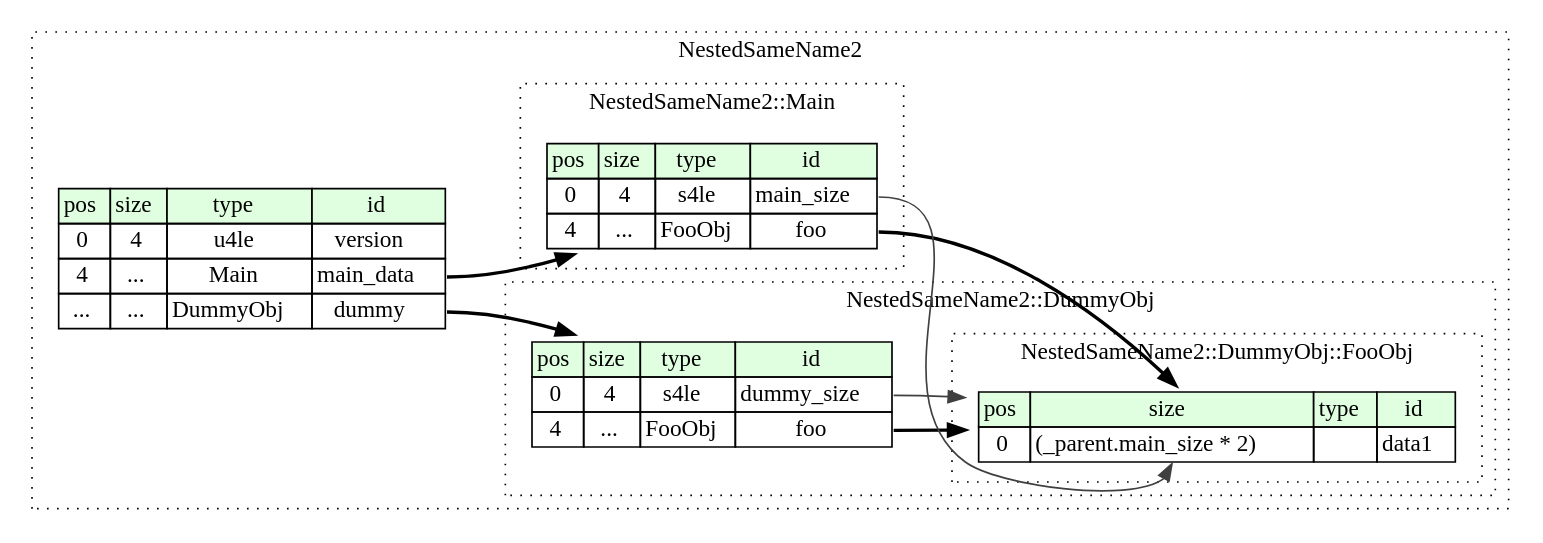
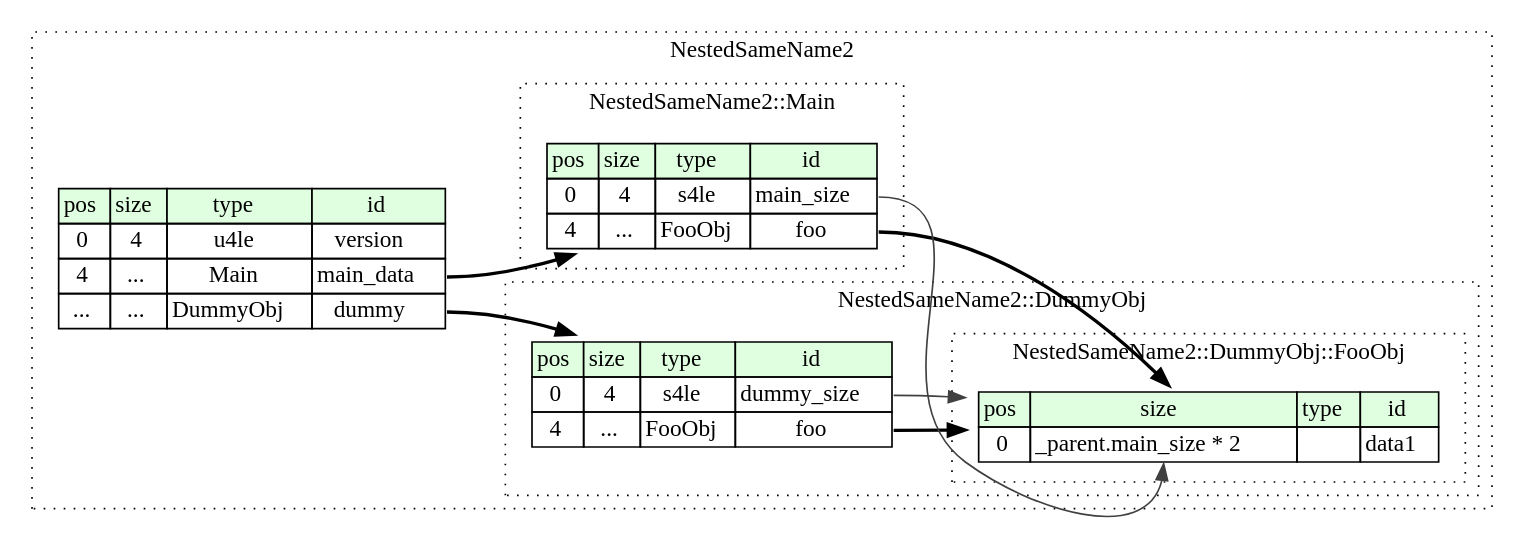
One commit to kaitai-io/ci_targets changed the diagram in compiled/graphviz/nested_same_name2.dot. Above: the diagram before and after it, drawn with Graphviz. The commit also changed 530 other files, not shown here.

```diff
--- a/compiled/graphviz/nested_same_name2.dot
+++ b/compiled/graphviz/nested_same_name2.dot
@@ -1,59 +1,59 @@
 digraph {
 	rankdir=LR;
 	node [shape=plaintext];
 	subgraph cluster__nested_same_name2 {
 		label="NestedSameName2";
 		graph[style=dotted];
 
 		nested_same_name2__seq [label=<<TABLE BORDER="0" CELLBORDER="1" CELLSPACING="0">
 			<TR><TD BGCOLOR="#E0FFE0">pos</TD><TD BGCOLOR="#E0FFE0">size</TD><TD BGCOLOR="#E0FFE0">type</TD><TD BGCOLOR="#E0FFE0">id</TD></TR>
 			<TR><TD PORT="version_pos">0</TD><TD PORT="version_size">4</TD><TD>u4le</TD><TD PORT="version_type">version</TD></TR>
 			<TR><TD PORT="main_data_pos">4</TD><TD PORT="main_data_size">...</TD><TD>Main</TD><TD PORT="main_data_type">main_data</TD></TR>
 			<TR><TD PORT="dummy_pos">...</TD><TD PORT="dummy_size">...</TD><TD>DummyObj</TD><TD PORT="dummy_type">dummy</TD></TR>
 		</TABLE>>];
 		subgraph cluster__dummy_obj {
 			label="NestedSameName2::DummyObj";
 			graph[style=dotted];
 
 			dummy_obj__seq [label=<<TABLE BORDER="0" CELLBORDER="1" CELLSPACING="0">
 				<TR><TD BGCOLOR="#E0FFE0">pos</TD><TD BGCOLOR="#E0FFE0">size</TD><TD BGCOLOR="#E0FFE0">type</TD><TD BGCOLOR="#E0FFE0">id</TD></TR>
 				<TR><TD PORT="dummy_size_pos">0</TD><TD PORT="dummy_size_size">4</TD><TD>s4le</TD><TD PORT="dummy_size_type">dummy_size</TD></TR>
 				<TR><TD PORT="foo_pos">4</TD><TD PORT="foo_size">...</TD><TD>FooObj</TD><TD PORT="foo_type">foo</TD></TR>
 			</TABLE>>];
 			subgraph cluster__foo_obj {
 				label="NestedSameName2::DummyObj::FooObj";
 				graph[style=dotted];
 
 				foo_obj__seq [label=<<TABLE BORDER="0" CELLBORDER="1" CELLSPACING="0">
 					<TR><TD BGCOLOR="#E0FFE0">pos</TD><TD BGCOLOR="#E0FFE0">size</TD><TD BGCOLOR="#E0FFE0">type</TD><TD BGCOLOR="#E0FFE0">id</TD></TR>
-					<TR><TD PORT="data2_pos">0</TD><TD PORT="data2_size">(_parent.dummy_size * 2)</TD><TD></TD><TD PORT="data2_type">data2</TD></TR>
+					<TR><TD PORT="data2_pos">0</TD><TD PORT="data2_size">_parent.dummy_size * 2</TD><TD></TD><TD PORT="data2_type">data2</TD></TR>
 				</TABLE>>];
 			}
 		}
 		subgraph cluster__main {
 			label="NestedSameName2::Main";
 			graph[style=dotted];
 
 			main__seq [label=<<TABLE BORDER="0" CELLBORDER="1" CELLSPACING="0">
 				<TR><TD BGCOLOR="#E0FFE0">pos</TD><TD BGCOLOR="#E0FFE0">size</TD><TD BGCOLOR="#E0FFE0">type</TD><TD BGCOLOR="#E0FFE0">id</TD></TR>
 				<TR><TD PORT="main_size_pos">0</TD><TD PORT="main_size_size">4</TD><TD>s4le</TD><TD PORT="main_size_type">main_size</TD></TR>
 				<TR><TD PORT="foo_pos">4</TD><TD PORT="foo_size">...</TD><TD>FooObj</TD><TD PORT="foo_type">foo</TD></TR>
 			</TABLE>>];
 			subgraph cluster__foo_obj {
 				label="NestedSameName2::Main::FooObj";
 				graph[style=dotted];
 
 				foo_obj__seq [label=<<TABLE BORDER="0" CELLBORDER="1" CELLSPACING="0">
 					<TR><TD BGCOLOR="#E0FFE0">pos</TD><TD BGCOLOR="#E0FFE0">size</TD><TD BGCOLOR="#E0FFE0">type</TD><TD BGCOLOR="#E0FFE0">id</TD></TR>
-					<TR><TD PORT="data1_pos">0</TD><TD PORT="data1_size">(_parent.main_size * 2)</TD><TD></TD><TD PORT="data1_type">data1</TD></TR>
+					<TR><TD PORT="data1_pos">0</TD><TD PORT="data1_size">_parent.main_size * 2</TD><TD></TD><TD PORT="data1_type">data1</TD></TR>
 				</TABLE>>];
 			}
 		}
 	}
 	nested_same_name2__seq:main_data_type -> main__seq [style=bold];
 	nested_same_name2__seq:dummy_type -> dummy_obj__seq [style=bold];
 	dummy_obj__seq:foo_type -> foo_obj__seq [style=bold];
 	dummy_obj__seq:dummy_size_type -> foo_obj__seq:data2_size [color="#404040"];
 	main__seq:foo_type -> foo_obj__seq [style=bold];
 	main__seq:main_size_type -> foo_obj__seq:data1_size [color="#404040"];
 }
```
